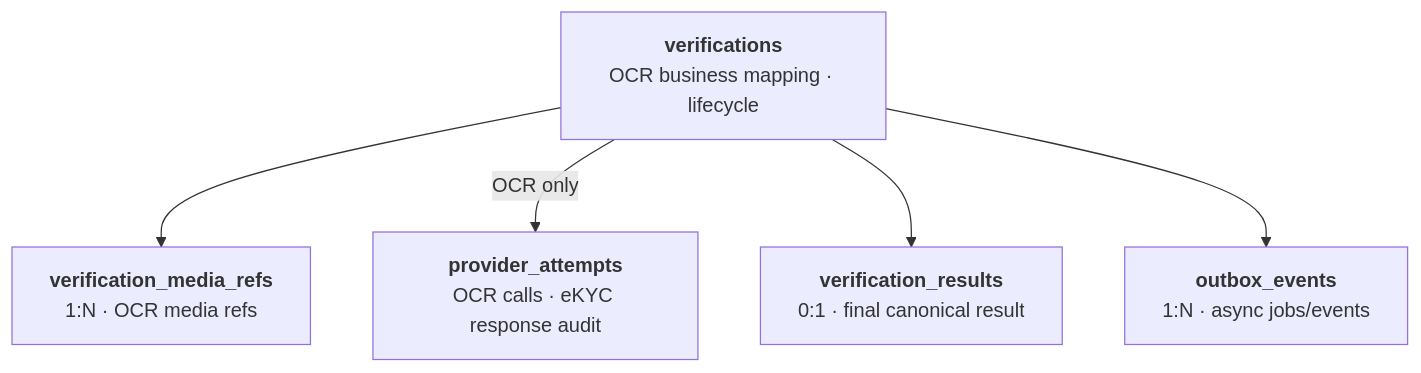
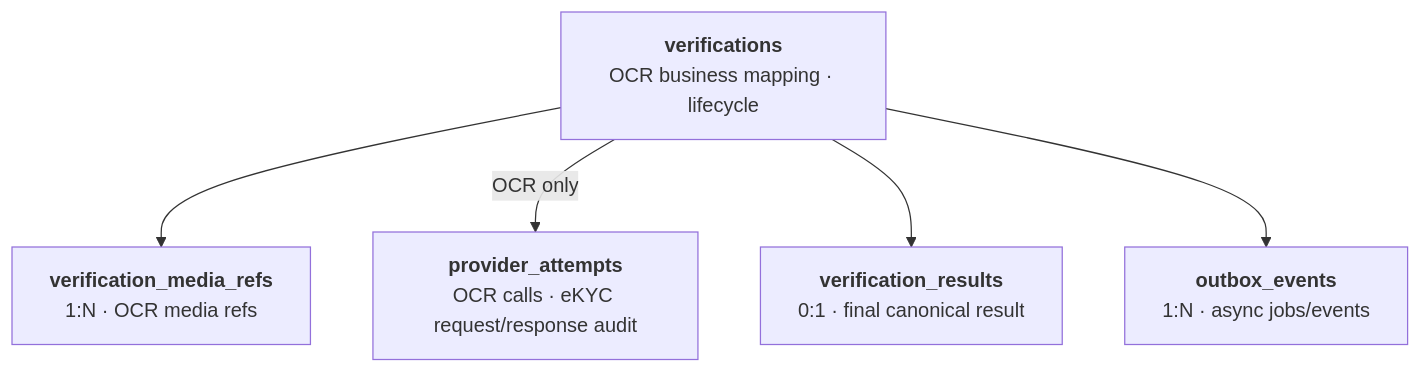
Before and after one commit to huynv-xyz/vhm: the seventh of 7 diagrams in noxh-ekyc.md, drawn with Mermaid. The commit also changed other lines of this file, not shown here.

````diff
--- a/noxh-ekyc.md
+++ b/noxh-ekyc.md
@@ -503,18 +499,18 @@
 ```mermaid
 flowchart TB
     VERIFICATION["`**verifications**
 OCR business mapping · lifecycle`"]
     MEDIA["`**verification_media_refs**
 1:N · OCR media refs`"]
     ATTEMPT["`**provider_attempts**
-OCR calls · eKYC response audit`"]
+OCR calls · eKYC request/response audit`"]
     RESULT["`**verification_results**
 0:1 · final canonical result`"]
     OUTBOX["`**outbox_events**
 1:N · async jobs/events`"]
 
     VERIFICATION --> MEDIA
     VERIFICATION -->|"OCR only"| ATTEMPT
     VERIFICATION --> RESULT
     VERIFICATION --> OUTBOX
 ```
````
